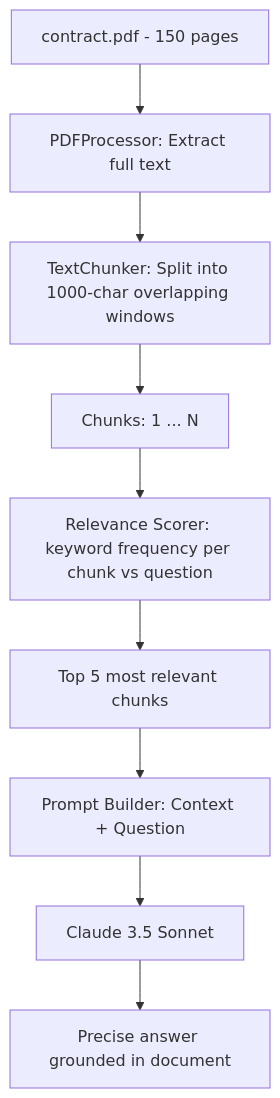
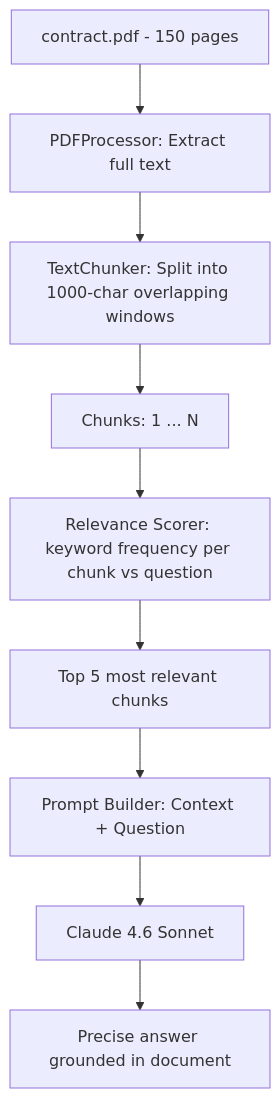
The third of 6 diagrams in README.md (subhashladumor1/laravel-ai-docs), drawn with Mermaid before and after one commit. The commit also changed other lines of this file and 1 other file, not shown here.

````diff
--- a/README.md
+++ b/README.md
@@ -210,11 +210,11 @@
 ```mermaid
 flowchart TD
     A[contract.pdf - 150 pages] --> B[PDFProcessor: Extract full text]
     B --> C[TextChunker: Split into 1000-char overlapping windows]
     C --> D[Chunks: 1 ... N]
     D --> E[Relevance Scorer: keyword frequency per chunk vs question]
     E --> F[Top 5 most relevant chunks]
     F --> G[Prompt Builder: Context + Question]
-    G --> H[Claude 3.5 Sonnet]
+    G --> H[Claude 4.6 Sonnet]
     H --> I[Precise answer grounded in document]
 ```
````
